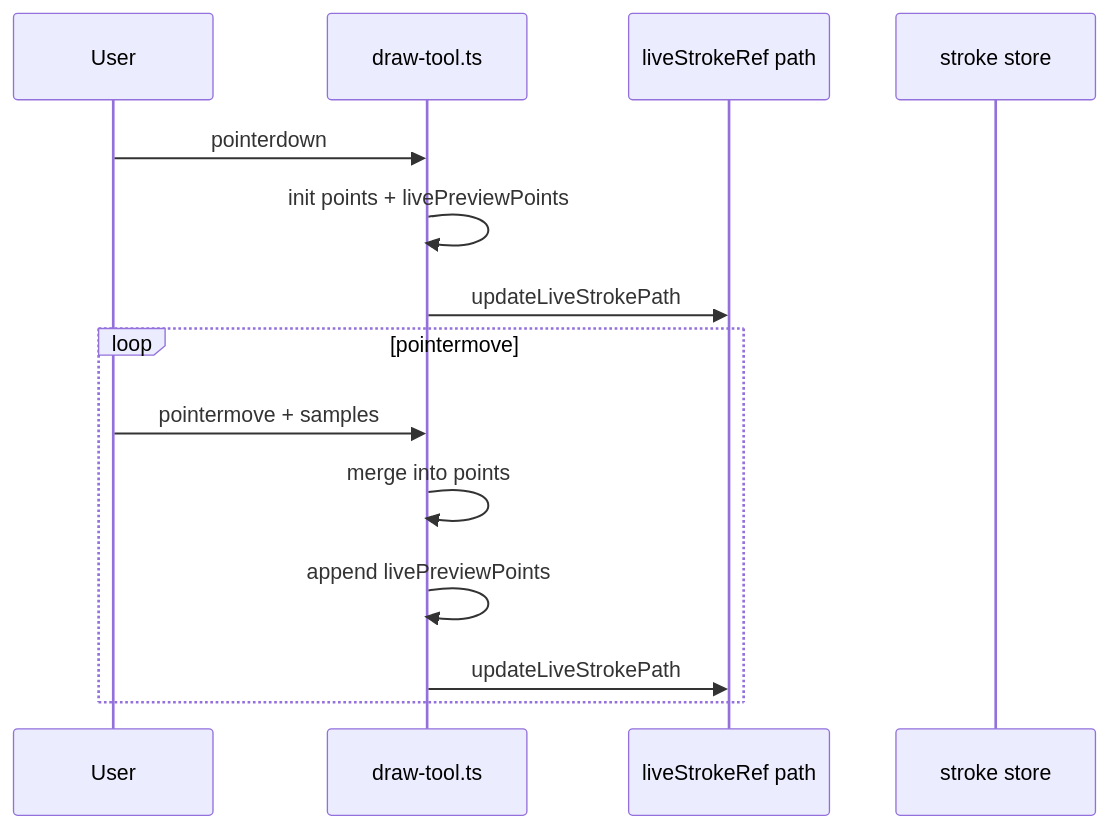
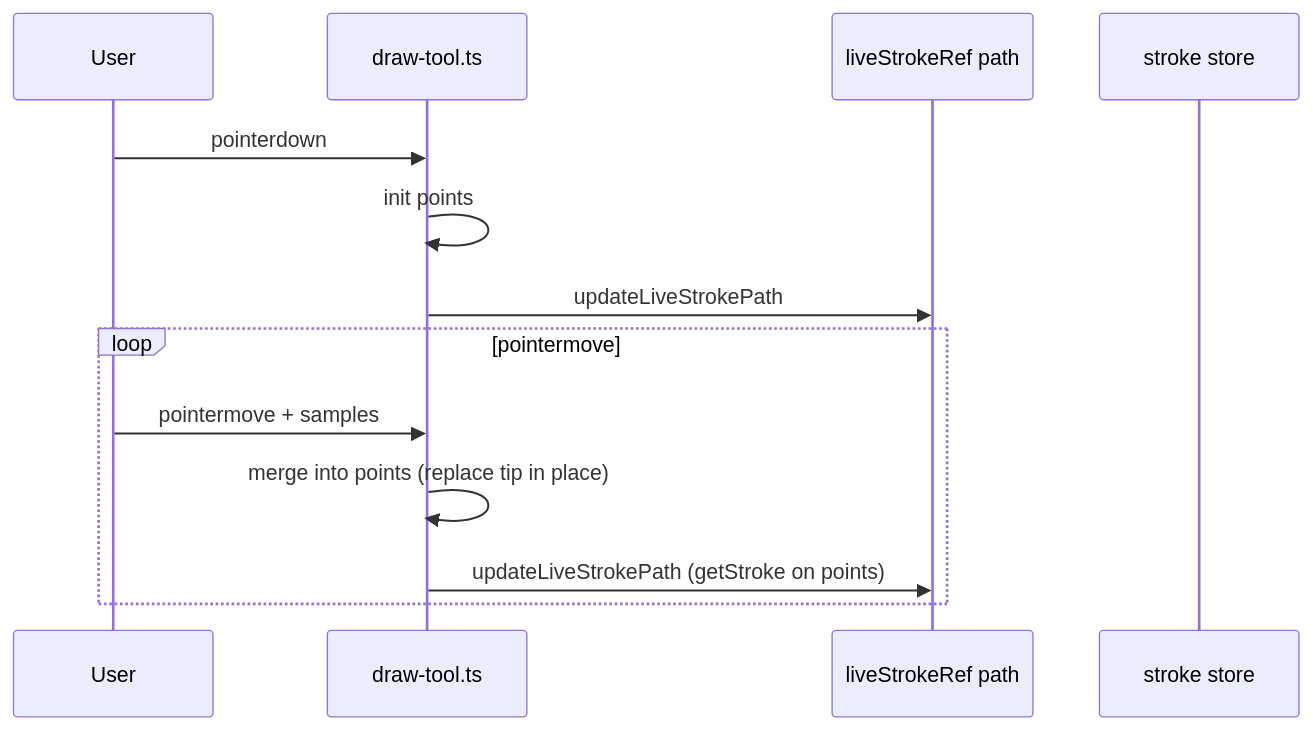
One commit to daledesilva/obsidian_ink changed the second of 4 diagrams in docs/ink-canvas-live-drawing.md. Above: the diagram before and after it, drawn with Mermaid. The commit also changed other lines of this file and 9 other files, not shown here.

````diff
--- a/docs/ink-canvas-live-drawing.md
+++ b/docs/ink-canvas-live-drawing.md
@@ -42,18 +42,17 @@
 ```mermaid
 sequenceDiagram
   participant User
   participant DrawTool as draw-tool.ts
   participant LivePath as liveStrokeRef path
   participant Store as stroke store
 
   User->>DrawTool: pointerdown
-  DrawTool->>DrawTool: init points + livePreviewPoints
+  DrawTool->>DrawTool: init points
   DrawTool->>LivePath: updateLiveStrokePath
 
   loop pointermove
     User->>DrawTool: pointermove + samples
-    DrawTool->>DrawTool: merge into points
-    DrawTool->>DrawTool: append livePreviewPoints
-    DrawTool->>LivePath: updateLiveStrokePath
+    DrawTool->>DrawTool: merge into points (replace tip in place)
+    DrawTool->>LivePath: updateLiveStrokePath (getStroke on points)
   end
 ```
````
